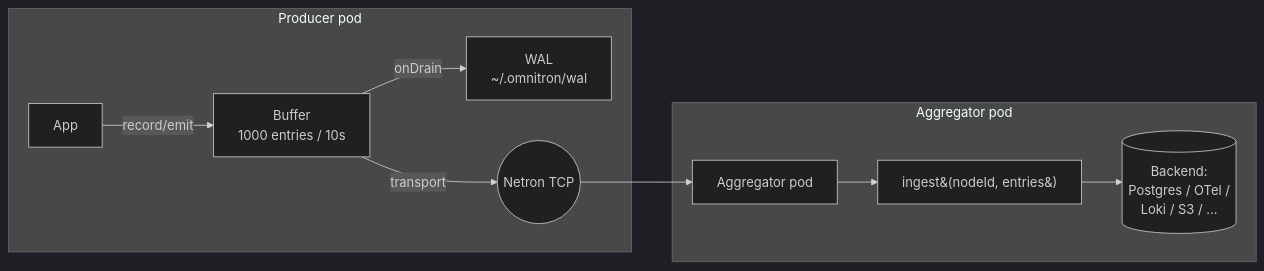
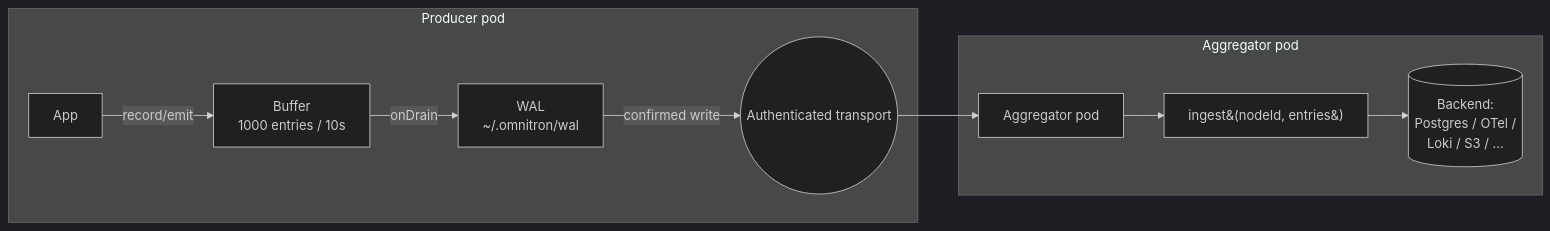
One commit to omnitron-dev/website changed the diagram in docs/titan/modules/telemetry-relay.mdx. Above: the diagram before and after it, drawn with Mermaid (dark theme). The commit also changed other lines of this file and 17 other files, not shown here.

````diff
--- a/docs/titan/modules/telemetry-relay.mdx
+++ b/docs/titan/modules/telemetry-relay.mdx
@@ -42,13 +40,13 @@
 ```mermaid
 flowchart LR
   subgraph Producer pod
     A1[App] -- record/emit --> Buf1[Buffer<br/>1000 entries / 10s]
     Buf1 -- onDrain --> Wal1[WAL<br/>~/.omnitron/wal]
-    Buf1 -- transport --> Net((Netron TCP))
+    Wal1 -- confirmed write --> Net((Authenticated transport))
   end
   Net --> AggPod[Aggregator pod]
   subgraph Aggregator pod
     AggPod --> Ingest[ingest&#40;nodeId, entries&#41;]
     Ingest --> Sink[(Backend:<br/>Postgres / OTel /<br/>Loki / S3 / ...)]
   end
 ```
````
